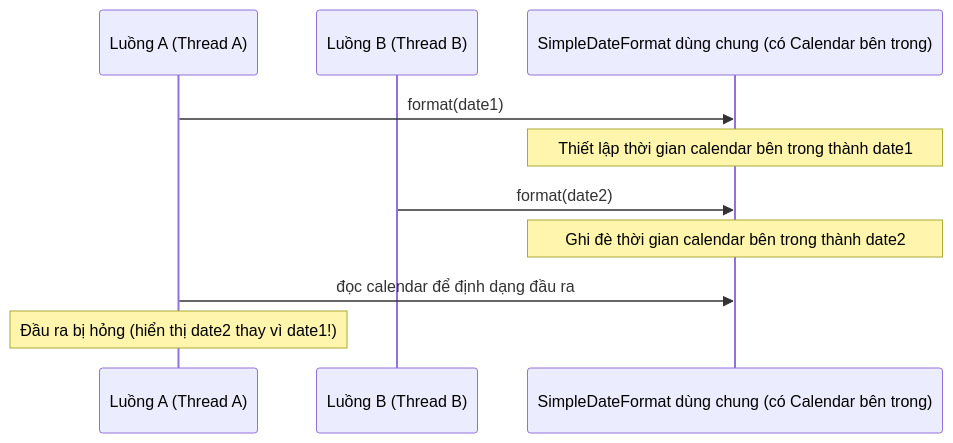
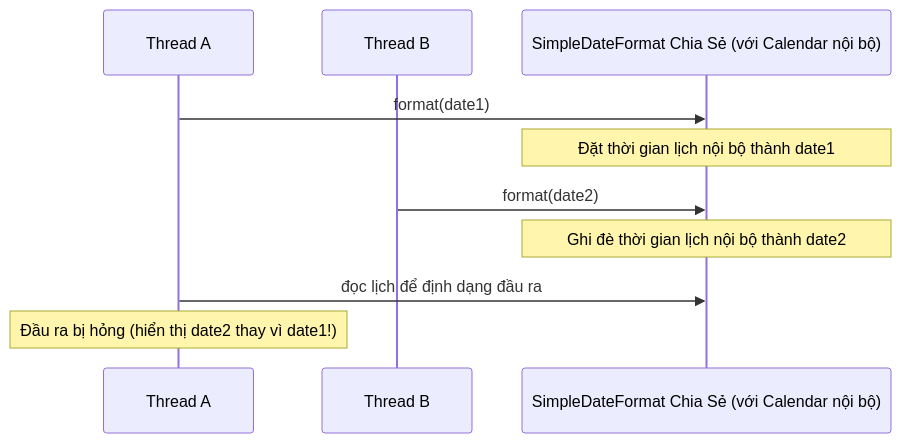
Before and after one commit to PhuThien2005/theoretical-of-java-core: the first of 3 diagrams in vi/25-date-time-api/theory/01-date-concepts.md, drawn with Mermaid. The commit also changed other lines of this file and 229 other files, not shown here.

````diff
--- a/vi/25-date-time-api/theory/01-date-concepts.md
+++ b/vi/25-date-time-api/theory/01-date-concepts.md
@@ -77,12 +77,12 @@
 ```mermaid
 sequenceDiagram
-    participant ThreadA as Luồng A (Thread A)
-    participant ThreadB as Luồng B (Thread B)
-    participant SharedSDF as SimpleDateFormat dùng chung (có Calendar bên trong)
+    participant ThreadA as Thread A
+    participant ThreadB as Thread B
+    participant SharedSDF as SimpleDateFormat Chia Sẻ (với Calendar nội bộ)
     ThreadA->>SharedSDF: format(date1)
-    Note over SharedSDF: Thiết lập thời gian calendar bên trong thành date1
+    Note over SharedSDF: Đặt thời gian lịch nội bộ thành date1
     ThreadB->>SharedSDF: format(date2)
-    Note over SharedSDF: Ghi đè thời gian calendar bên trong thành date2
-    ThreadA->>SharedSDF: đọc calendar để định dạng đầu ra
+    Note over SharedSDF: Ghi đè thời gian lịch nội bộ thành date2
+    ThreadA->>SharedSDF: đọc lịch để định dạng đầu ra
     Note over ThreadA: Đầu ra bị hỏng (hiển thị date2 thay vì date1!)
 ```
````
